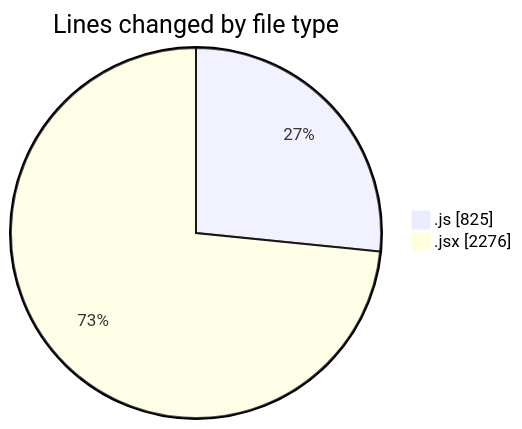
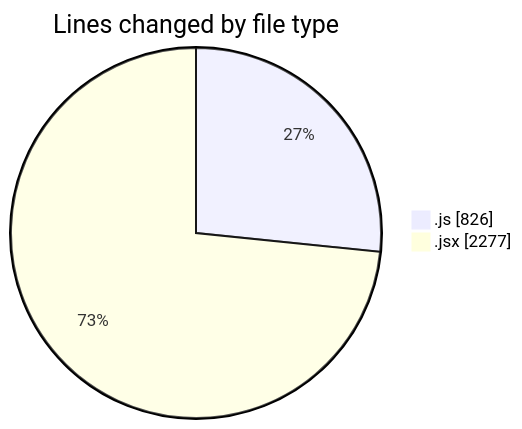
One commit to nxtqubesakshisongat/code-tracking changed the first of 2 diagrams in 2025-10-29/nxtqube_webapp/README.md. Above: the diagram before and after it, drawn with Mermaid. The commit also changed other lines of this file and 1 other file, not shown here.

````diff
--- a/2025-10-29/nxtqube_webapp/README.md
+++ b/2025-10-29/nxtqube_webapp/README.md
@@ -22,6 +22,6 @@
 ```mermaid
 pie showData
 title Lines changed by file type
-".js" : 825
-".jsx" : 2276
+".js" : 826
+".jsx" : 2277
 ```
````
